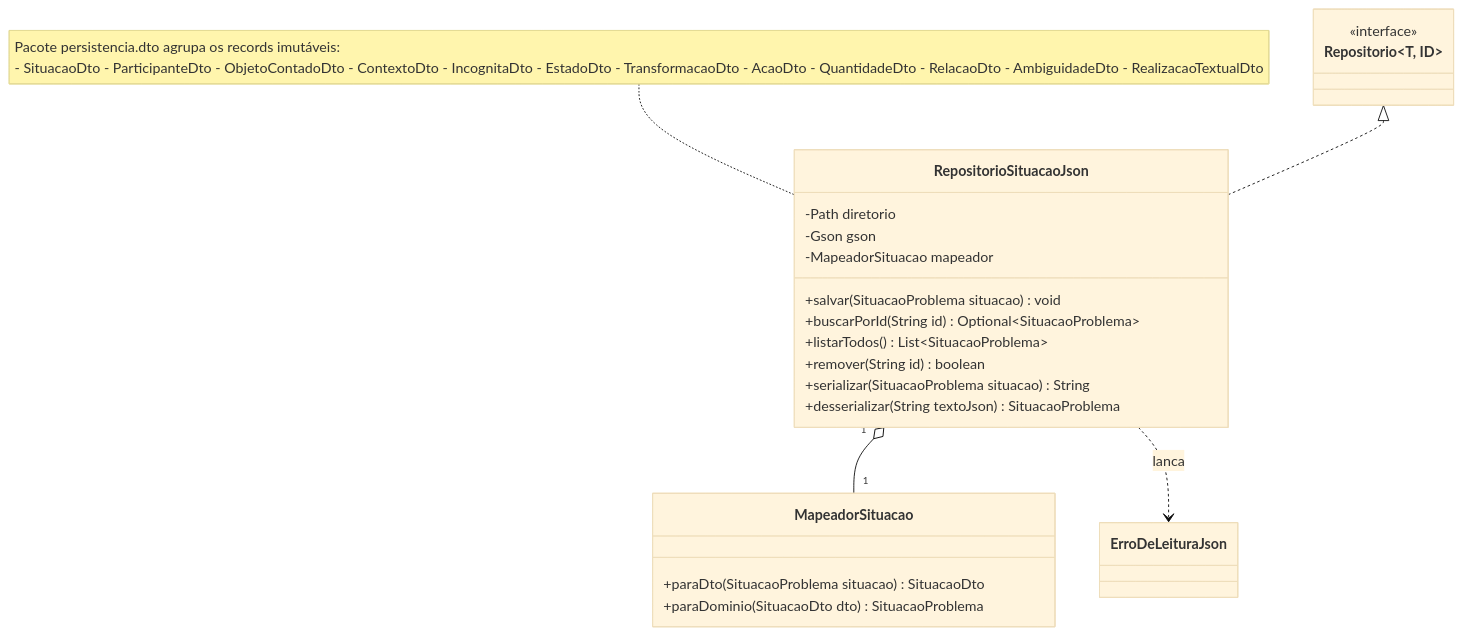
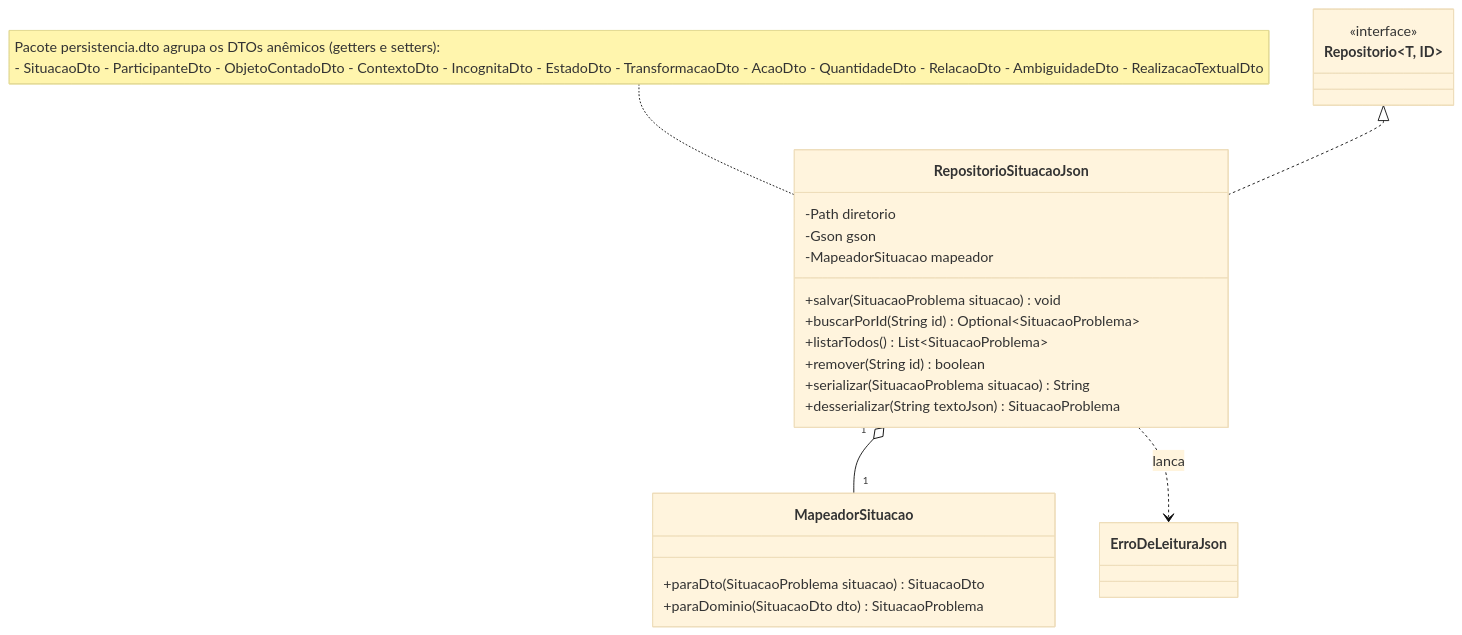
One commit to pedrolnog/gerard-curadoria changed the sixth of 7 diagrams in docs/diagrama-classes.md. Above: the diagram before and after it, drawn with Mermaid (base theme). The commit also changed other lines of this file and 5 other files, not shown here.

Commit message:
Documentacao reflete entidades com getters e setters

````diff
--- a/docs/diagrama-classes.md
+++ b/docs/diagrama-classes.md
@@ -546,46 +546,46 @@
 ```mermaid
 classDiagram
     direction TB
 
     class Repositorio~T, ID~ {
         <<interface>>
     }
 
     class RepositorioSituacaoJson {
         -Path diretorio
         -Gson gson
         -MapeadorSituacao mapeador
         +salvar(SituacaoProblema situacao) void
         +buscarPorId(String id) Optional~SituacaoProblema~
         +listarTodos() List~SituacaoProblema~
         +remover(String id) boolean
         +serializar(SituacaoProblema situacao) String
         +desserializar(String textoJson) SituacaoProblema
     }
 
     class MapeadorSituacao {
         +paraDto(SituacaoProblema situacao) SituacaoDto
         +paraDominio(SituacaoDto dto) SituacaoProblema
     }
 
     class ErroDeLeituraJson {
     }
 
     Repositorio <|.. RepositorioSituacaoJson
     RepositorioSituacaoJson "1" o-- "1" MapeadorSituacao
     RepositorioSituacaoJson ..> ErroDeLeituraJson : lanca
 
-    note for RepositorioSituacaoJson "Pacote persistencia.dto agrupa os records imutáveis:
+    note for RepositorioSituacaoJson "Pacote persistencia.dto agrupa os DTOs anêmicos (getters e setters):
 - SituacaoDto
 - ParticipanteDto
 - ObjetoContadoDto
 - ContextoDto
 - IncognitaDto
 - EstadoDto
 - TransformacaoDto
 - AcaoDto
 - QuantidadeDto
 - RelacaoDto
 - AmbiguidadeDto
 - RealizacaoTextualDto"
 ```
````
